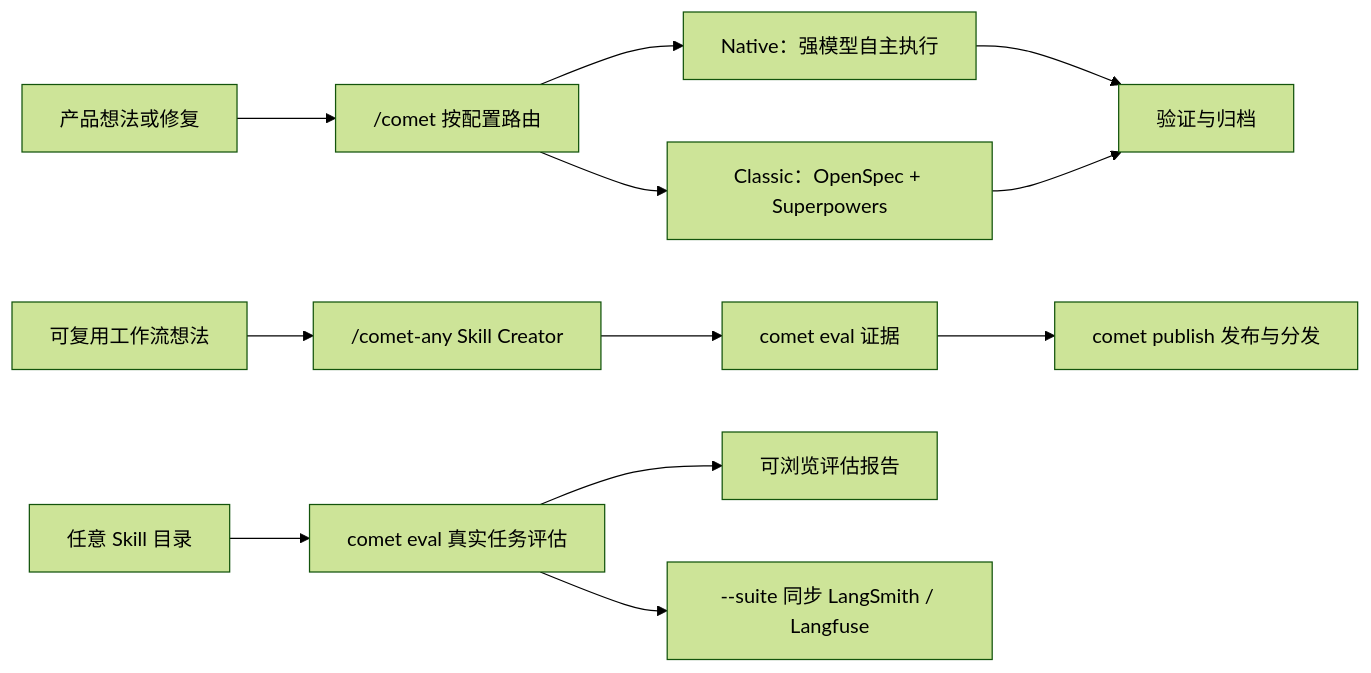
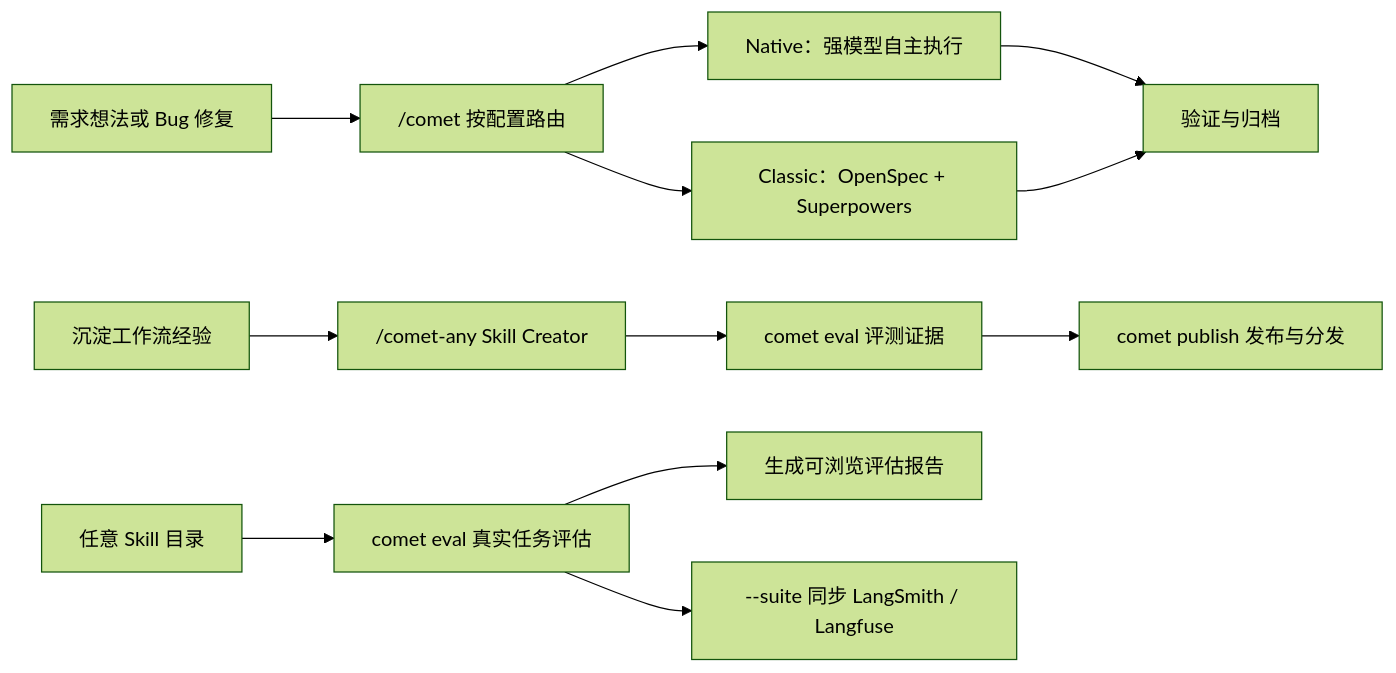
The diagram in zh/introduction.mdx (rpamis/comet-website-docs), drawn with Mermaid (forest theme) before and after one commit. The commit also changed other lines of this file and 76 other files, not shown here.

````diff
--- a/zh/introduction.mdx
+++ b/zh/introduction.mdx
@@ -30,14 +30,14 @@
 ```mermaid
 flowchart LR
-  A["产品想法或修复"] --> B["/comet 按配置路由"]
+  A["需求想法或 Bug 修复"] --> B["/comet 按配置路由"]
   B --> N["Native：强模型自主执行"]
   B --> C["Classic：OpenSpec + Superpowers"]
   N --> E["验证与归档"]
   C --> E
-  F["可复用工作流想法"] --> G["/comet-any Skill Creator"]
-  G --> H["comet eval 证据"]
+  F["沉淀工作流经验"] --> G["/comet-any Skill Creator"]
+  G --> H["comet eval 评测证据"]
   H --> I["comet publish 发布与分发"]
   J["任意 Skill 目录"] --> K["comet eval 真实任务评估"]
-  K --> L["可浏览评估报告"]
+  K --> L["生成可浏览评估报告"]
   K --> M["--suite 同步 LangSmith / Langfuse"]
 ```
````
